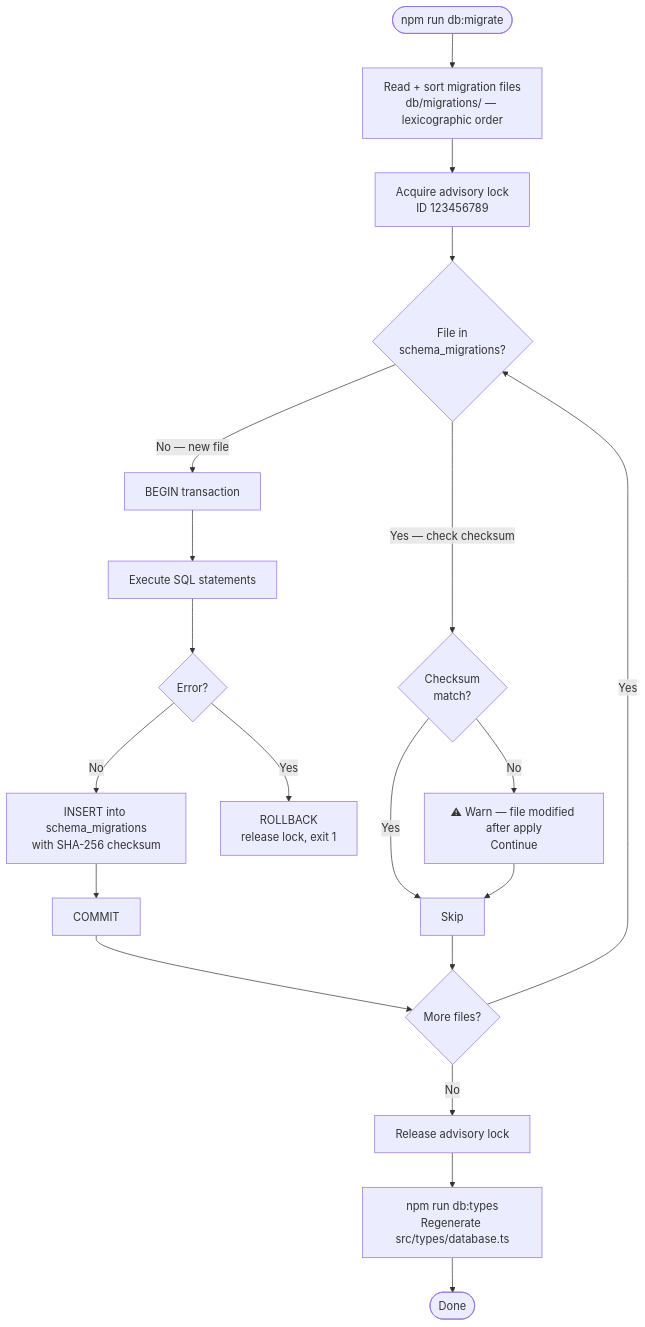
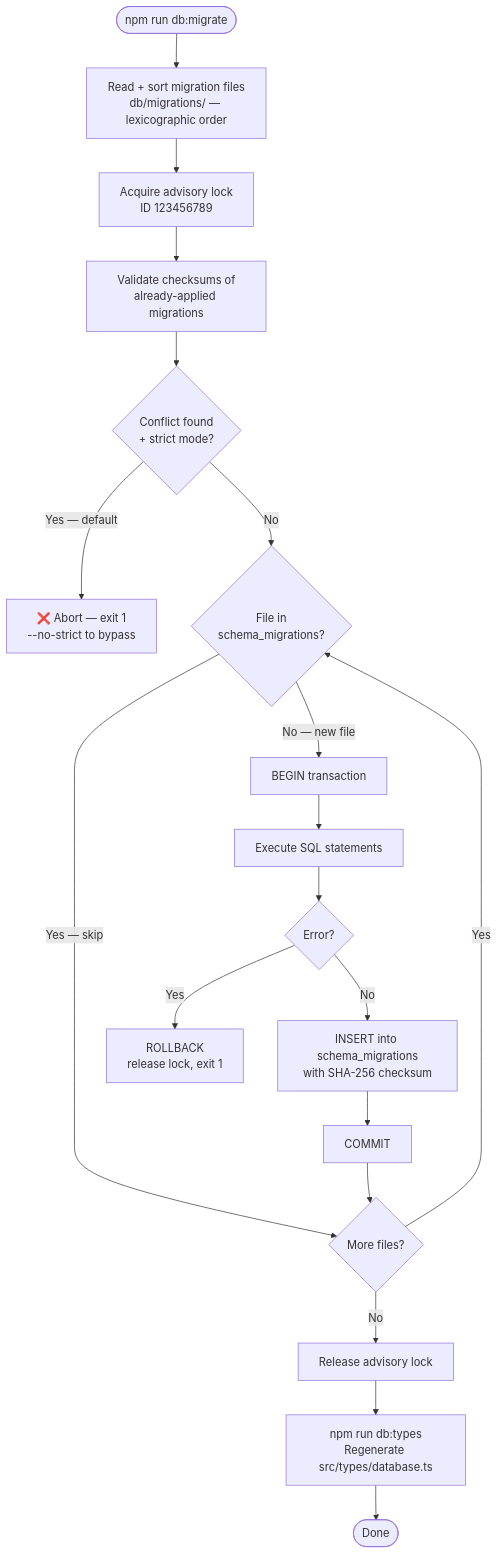
Before and after one commit to shin0bi21/program-management-app: the first of 2 diagrams in backend/docs/db.md, drawn with Mermaid. The commit also changed other lines of this file and 20 other files, not shown here.

````diff
--- a/backend/docs/db.md
+++ b/backend/docs/db.md
@@ -22,22 +23,21 @@
 ```mermaid
 flowchart TD
     A([npm run db:migrate]) --> B["Read + sort migration files\ndb/migrations/ — lexicographic order"]
     B --> D[Acquire advisory lock\nID 123456789]
-    D --> E{File in\nschema_migrations?}
-    E -->|Yes — check checksum| F{Checksum\nmatch?}
-    F -->|No| WARN["⚠ Warn — file modified after apply\nContinue"]
-    F -->|Yes| SKIP[Skip]
-    WARN --> SKIP
+    D --> CV["Validate checksums of\nalready-applied migrations"]
+    CV --> STRICT{"Conflict found\n+ strict mode?"}
+    STRICT -->|"Yes — default"| ABORT["❌ Abort — exit 1\n--no-strict to bypass"]
+    STRICT -->|No| E{File in\nschema_migrations?}
+    E -->|Yes — skip| NEXT{More files?}
     E -->|No — new file| TX[BEGIN transaction]
     TX --> SQL[Execute SQL statements]
     SQL --> ERR{Error?}
     ERR -->|Yes| RB[ROLLBACK\nrelease lock, exit 1]
     ERR -->|No| INS["INSERT into schema_migrations\nwith SHA-256 checksum"]
     INS --> CMT[COMMIT]
-    CMT --> NEXT{More files?}
-    SKIP --> NEXT
+    CMT --> NEXT
     NEXT -->|Yes| E
     NEXT -->|No| REL[Release advisory lock]
     REL --> TYPES["npm run db:types\nRegenerate src/types/database.ts"]
     TYPES --> DONE([Done])
 ```
````
